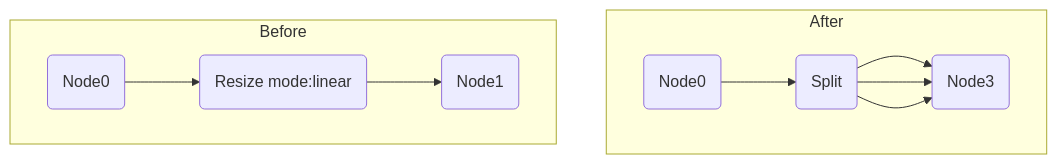
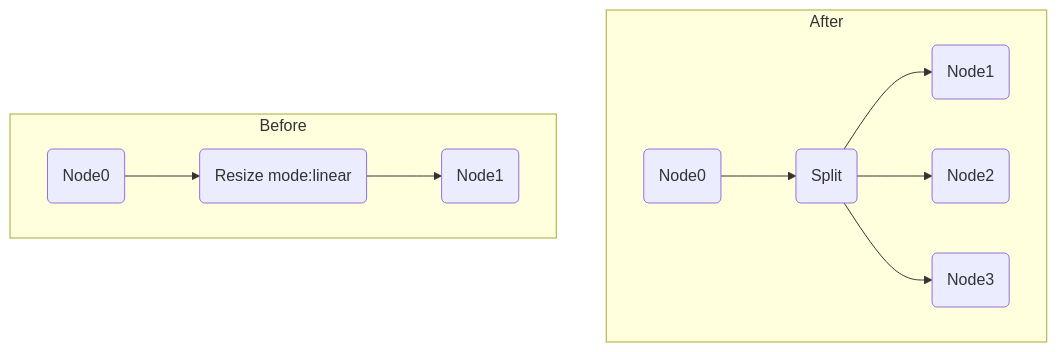
The ninth of 9 diagrams in auto-optimizer/docs/knowledge_optimizer/knowledge_optimizer_rules.md (Ascend/msadvisor), drawn with Mermaid before and after one commit.

````diff
--- a/auto-optimizer/docs/knowledge_optimizer/knowledge_optimizer_rules.md
+++ b/auto-optimizer/docs/knowledge_optimizer/knowledge_optimizer_rules.md
@@ -286,14 +286,14 @@
 ```mermaid
 graph TD
     subgraph After
         X(Node0) --> D(Split)
         D --> E(Node1)
-        D --> E(Node2)
-        D --> E(Node3)
+        D --> F(Node2)
+        D --> G(Node3)
     end
 
     subgraph Before
         Z(Node0) -->A(Resize mode:linear)
         A --> B(Node1)
     end
 ```
````
